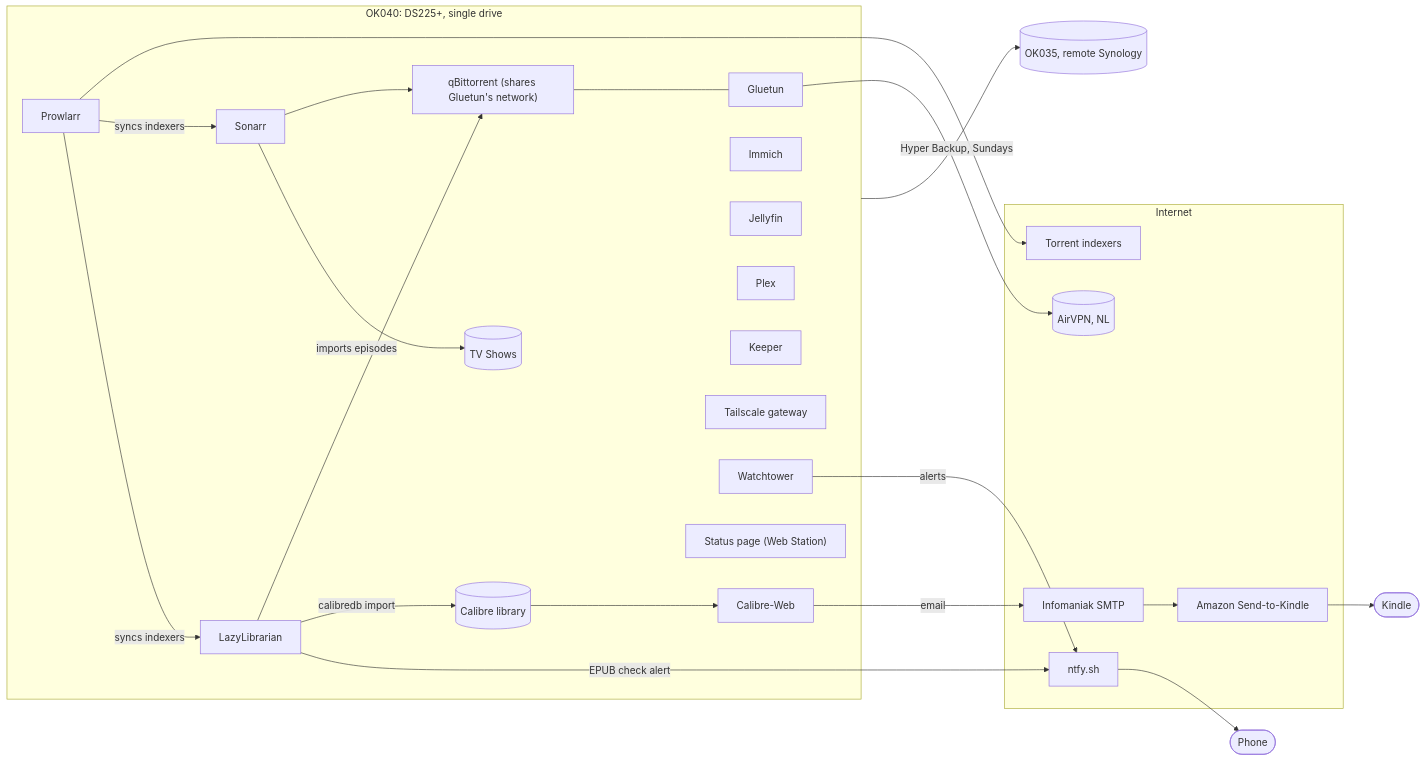
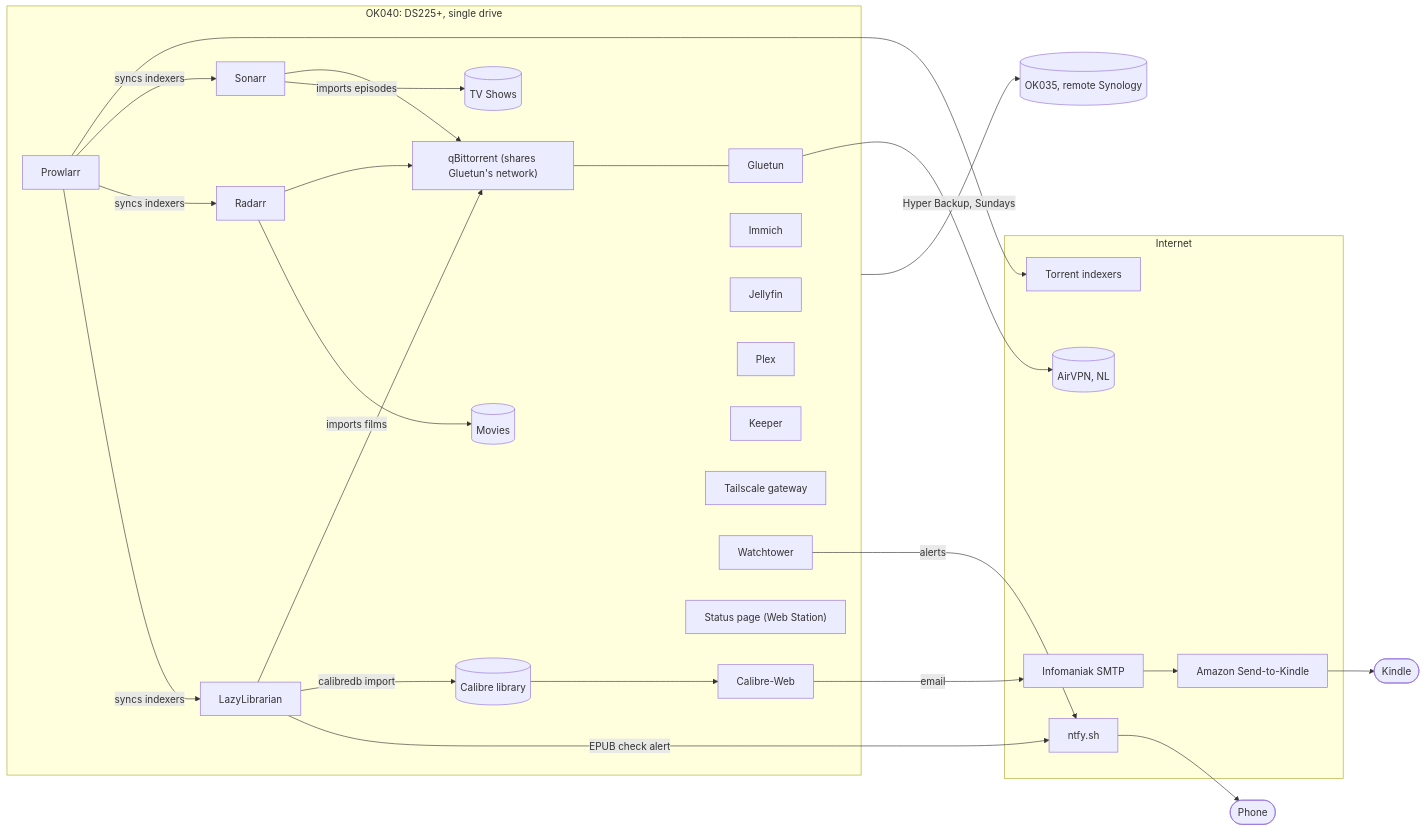
The diagram in README.md (okkie2/infrastructure), drawn with Mermaid before and after one commit. The commit also changed other lines of this file and 8 other files, not shown here.

First line of the commit message:
feat: add Radarr for movies, with a tile on the gateway page

````diff
--- a/README.md
+++ b/README.md
@@ -9,33 +9,36 @@
 ```mermaid
 flowchart LR
   subgraph Internet
     AirVPN[("AirVPN, NL")]
     Indexers["Torrent indexers"]
     Infomaniak["Infomaniak SMTP"]
     Amazon["Amazon Send-to-Kindle"]
     Ntfy["ntfy.sh"]
   end
   subgraph OK040["OK040: DS225+, single drive"]
     Gluetun --> AirVPN
     qBit["qBittorrent (shares Gluetun's network)"] --- Gluetun
     Prowlarr --> Indexers
     Prowlarr -->|syncs indexers| Sonarr
+    Prowlarr -->|syncs indexers| Radarr
     Prowlarr -->|syncs indexers| LL["LazyLibrarian"]
     Sonarr --> qBit
+    Radarr --> qBit
     LL --> qBit
     LL -->|calibredb import| Lib[("Calibre library")]
     Lib --> CW["Calibre-Web"]
     Sonarr -->|imports episodes| TV[("TV Shows")]
+    Radarr -->|imports films| Movies[("Movies")]
     Immich
     Jellyfin
     Plex
     Keeper
     TS["Tailscale gateway"]
     WT["Watchtower"] -->|alerts| Ntfy
     LL -->|EPUB check alert| Ntfy
     Status["Status page (Web Station)"]
   end
   CW -->|email| Infomaniak --> Amazon --> Kindle(["Kindle"])
   Ntfy --> Phone(["Phone"])
   OK040 -->|Hyper Backup, Sundays| OK035[("OK035, remote Synology")]
 ```
````
